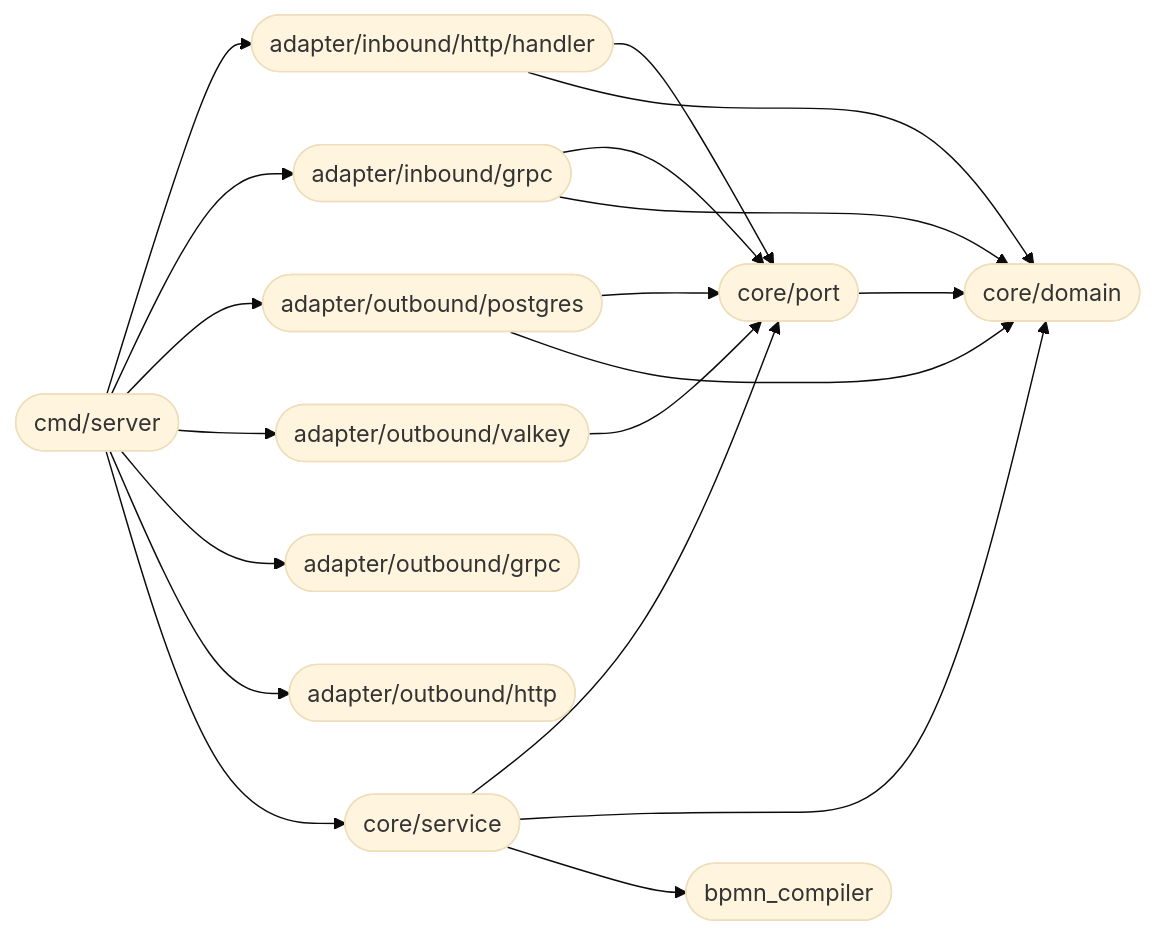
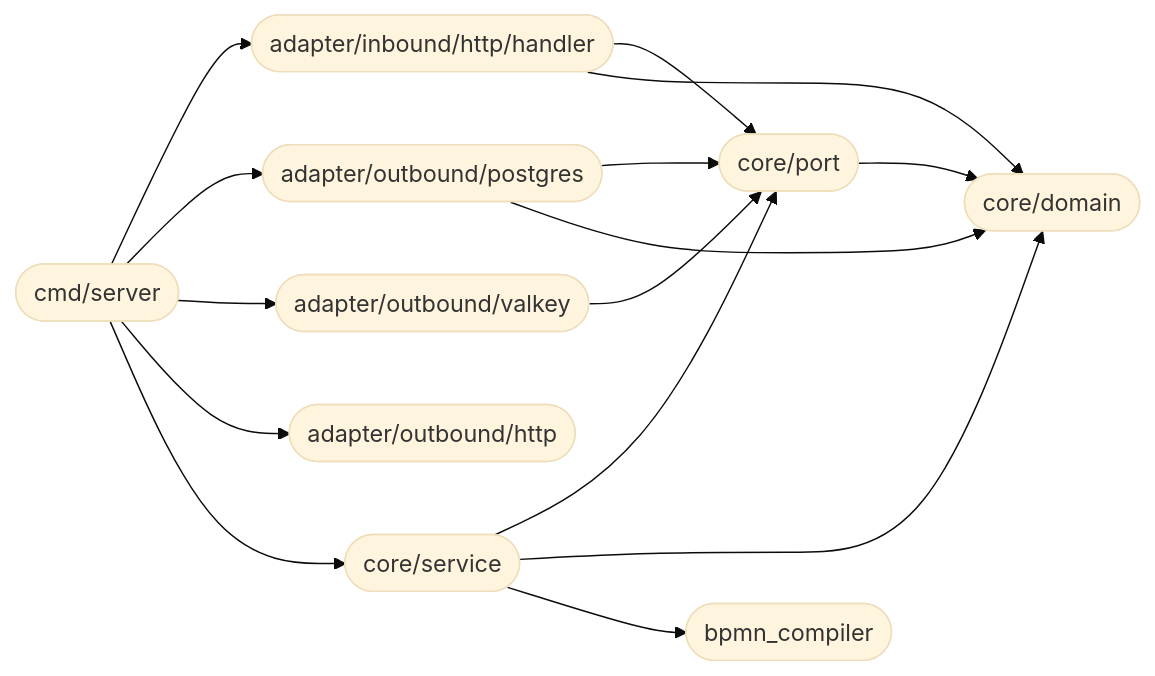
The diagram in docs/architecture/mermaid/package-dependency-graph.mmd (BCBP-SOLUTIONS-FZC-LLC/workflow-definition-service), drawn with Mermaid (base theme) before and after one commit. The commit also changed 17 other files, not shown here.

```diff
--- a/docs/architecture/mermaid/package-dependency-graph.mmd
+++ b/docs/architecture/mermaid/package-dependency-graph.mmd
@@ -1,31 +1,25 @@
 flowchart LR
     main(["cmd/server"])
     http_h(["adapter/inbound/http/handler"])
-    grpc_s(["adapter/inbound/grpc"])
     pg(["adapter/outbound/postgres"])
     vk(["adapter/outbound/valkey"])
-    ec(["adapter/outbound/grpc"])
     mc(["adapter/outbound/http"])
     svc(["core/service"])
     port(["core/port"])
     dom(["core/domain"])
     cmp(["bpmn_compiler"])
 
     main --> http_h
-    main --> grpc_s
     main --> pg
     main --> vk
-    main --> ec
     main --> mc
     main --> svc
     http_h --> port
     http_h --> dom
-    grpc_s --> port
-    grpc_s --> dom
     pg --> port
     pg --> dom
     vk --> port
     svc --> port
     svc --> dom
     svc --> cmp
     port --> dom
```
